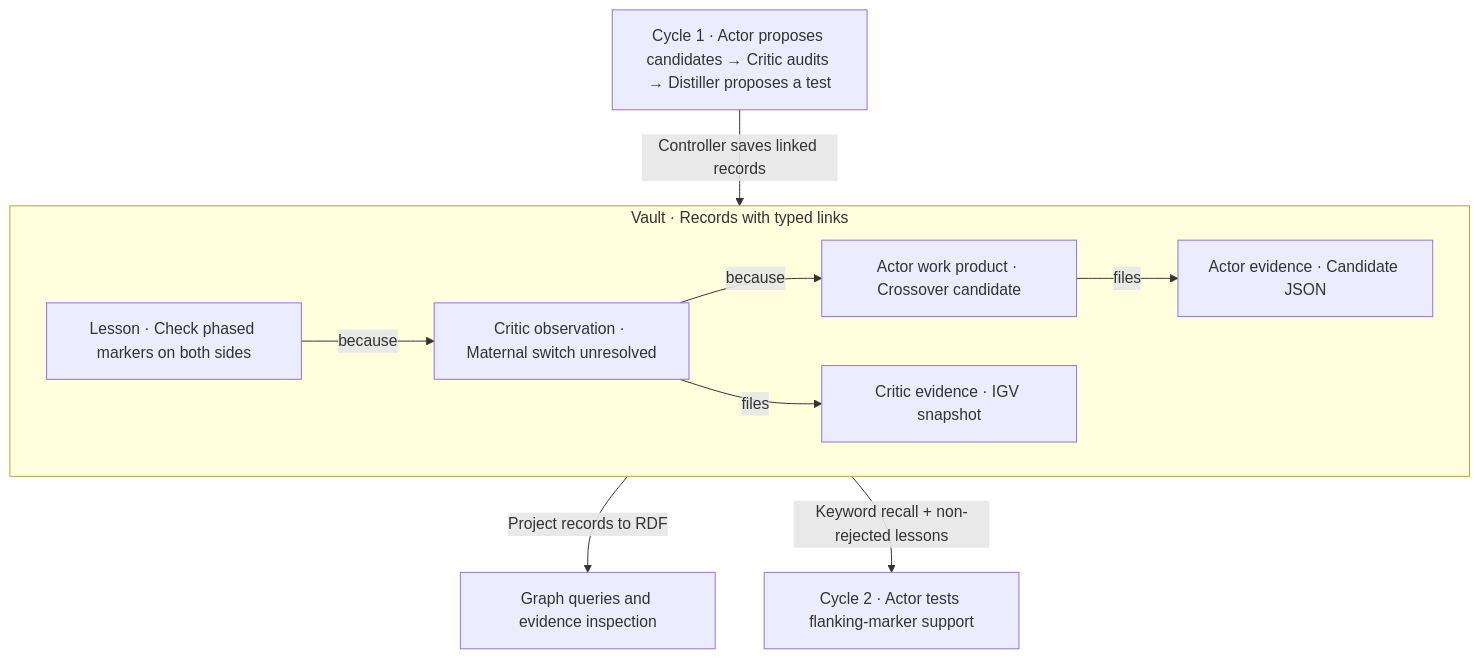
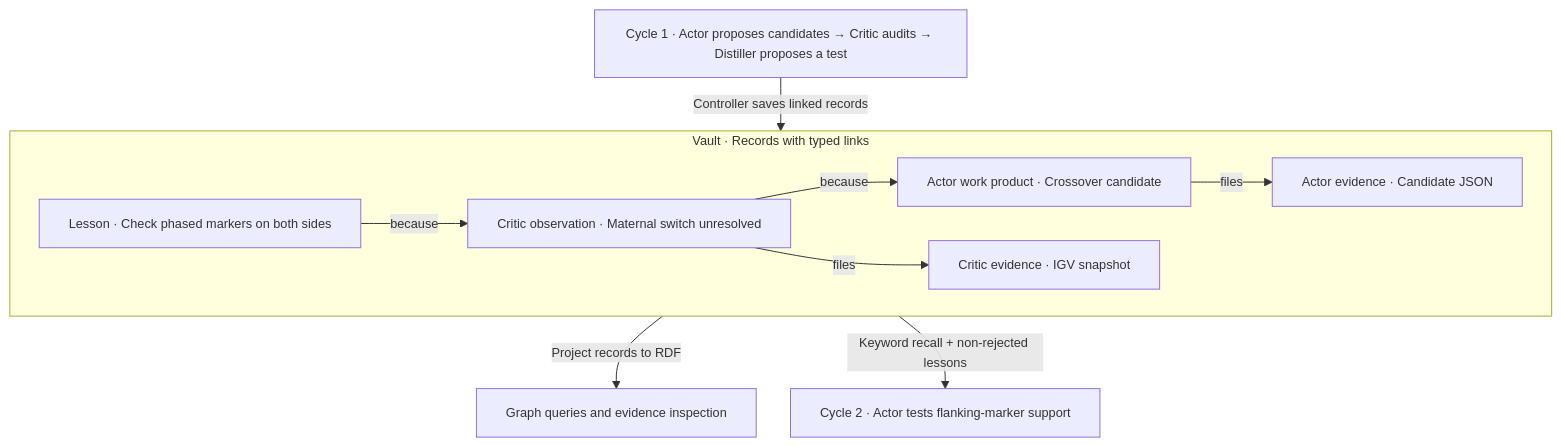
Before and after one commit to petermchale/labloop: the diagram in README.md, drawn with Mermaid.

Commit message:
docs: reduce schematic font size and widen labels

````diff
--- a/README.md
+++ b/README.md
@@ -93,21 +93,30 @@
 ```mermaid
+---
+config:
+  themeVariables:
+    fontSize: 13px
+  flowchart:
+    wrappingWidth: 320
+    nodeSpacing: 35
+    rankSpacing: 35
+---
 flowchart TD
     Run["Cycle 1 · Actor proposes candidates → Critic audits → Distiller proposes a test"]
 
     subgraph Vault["Vault · Records with typed links"]
         Lesson["Lesson · Check phased markers on both sides"]
         Obs["Critic observation · Maternal switch unresolved"]
         Product["Actor work product · Crossover candidate"]
         CriticFile["Critic evidence · IGV snapshot"]
         ActorFile["Actor evidence · Candidate JSON"]
 
         Lesson -->|because| Obs
         Obs -->|because| Product
         Obs -->|files| CriticFile
         Product -->|files| ActorFile
     end
 
     Run -->|Controller saves linked records| Vault
     Vault -->|Project records to RDF| Graph["Graph queries and evidence inspection"]
     Vault -->|Keyword recall + non-rejected lessons| Next["Cycle 2 · Actor tests flanking-marker support"]
 ```
````
